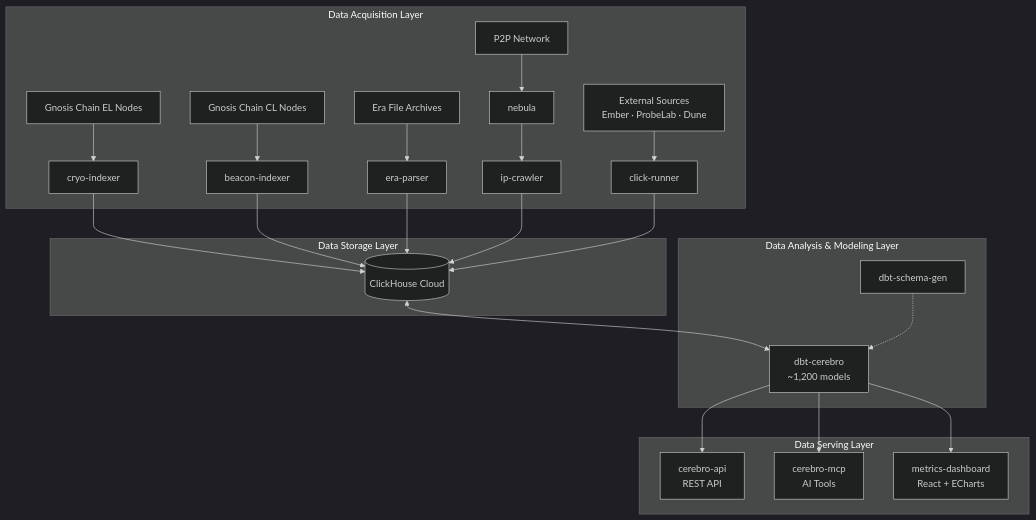
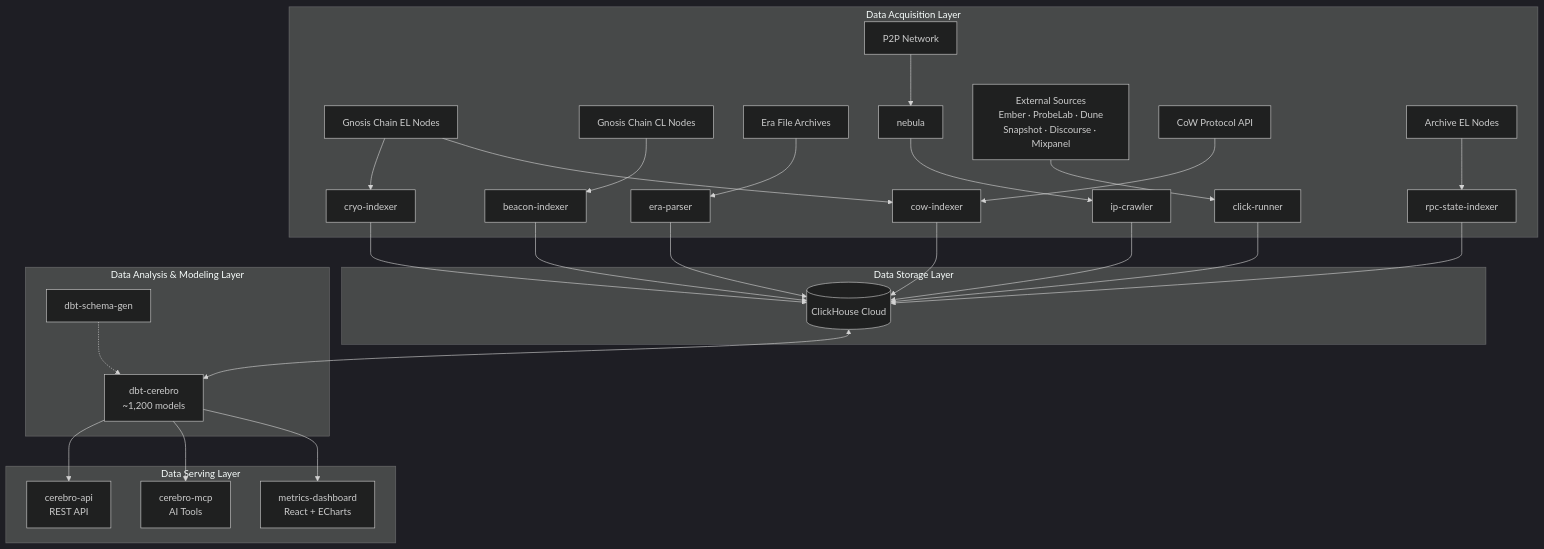
Before and after one commit to gnosischain/cerebro-docs: the diagram in docs/getting-started/architecture.md, drawn with Mermaid (dark theme). The commit also changed other lines of this file and 17 other files, not shown here.

First line of the commit message:
docs: cover cow-indexer, rpc-state-indexer, new mini-apps, HTTP transport, dbt agent knowledge

````diff
--- a/docs/getting-started/architecture.md
+++ b/docs/getting-started/architecture.md
@@ -12,33 +12,38 @@
 ```mermaid
 flowchart TD
     subgraph L1["Data Acquisition Layer"]
         EL[Gnosis Chain EL Nodes] --> CRYO[cryo-indexer]
         CL[Gnosis Chain CL Nodes] --> BI[beacon-indexer]
         ERA_SRC[Era File Archives] --> ERA[era-parser]
         P2P_NET[P2P Network] --> NEB[nebula]
-        EXT["External Sources\nEmber · ProbeLab · Dune"] --> CR[click-runner]
+        EXT["External Sources\nEmber · ProbeLab · Dune\nSnapshot · Discourse · Mixpanel"] --> CR[click-runner]
         NEB --> IPC[ip-crawler]
+        COW_API[CoW Protocol API] --> COWIDX[cow-indexer]
+        EL --> COWIDX
+        ARC[Archive EL Nodes] --> RPCSI[rpc-state-indexer]
     end
     subgraph L2["Data Storage Layer"]
         CH[(ClickHouse Cloud)]
     end
     subgraph L3["Data Analysis & Modeling Layer"]
         DBT["dbt-cerebro\n~1,200 models"]
         DSG[dbt-schema-gen]
     end
     subgraph L4["Data Serving Layer"]
         API["cerebro-api\nREST API"]
         MCP["cerebro-mcp\nAI Tools"]
         DASH["metrics-dashboard\nReact + ECharts"]
     end
     CRYO --> CH
     BI --> CH
     ERA --> CH
     IPC --> CH
     CR --> CH
+    COWIDX --> CH
+    RPCSI --> CH
     CH <--> DBT
     DSG -.-> DBT
     DBT --> API
     DBT --> MCP
     DBT --> DASH
 ```
````
